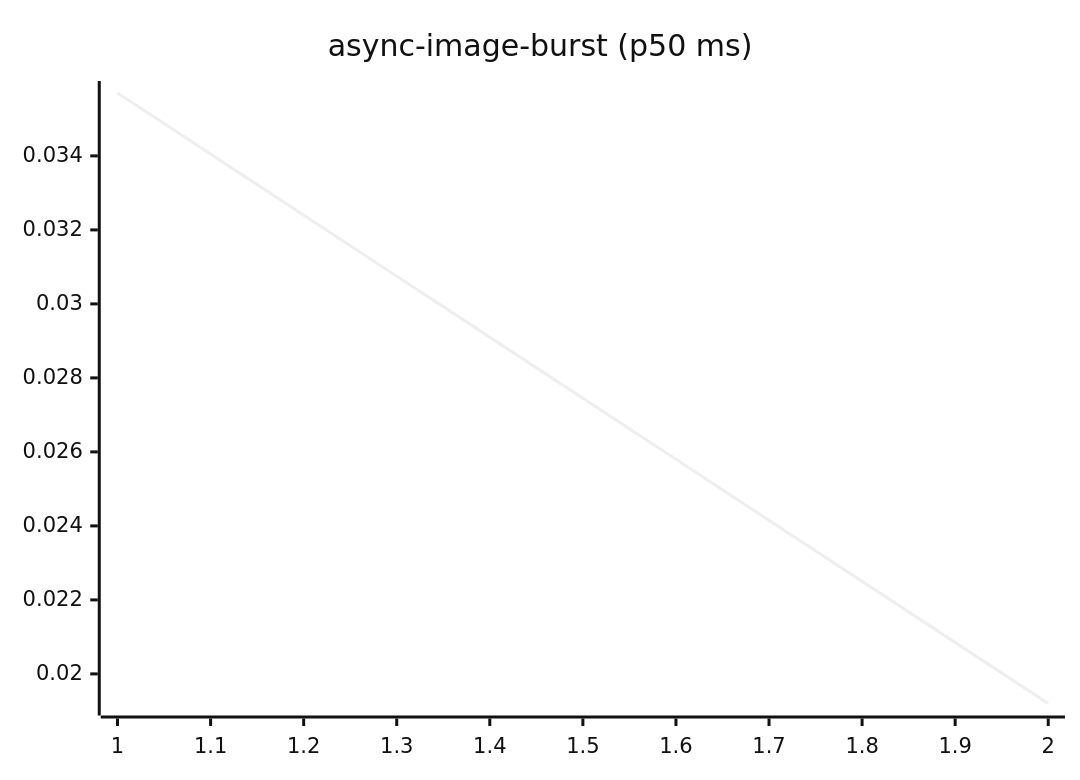
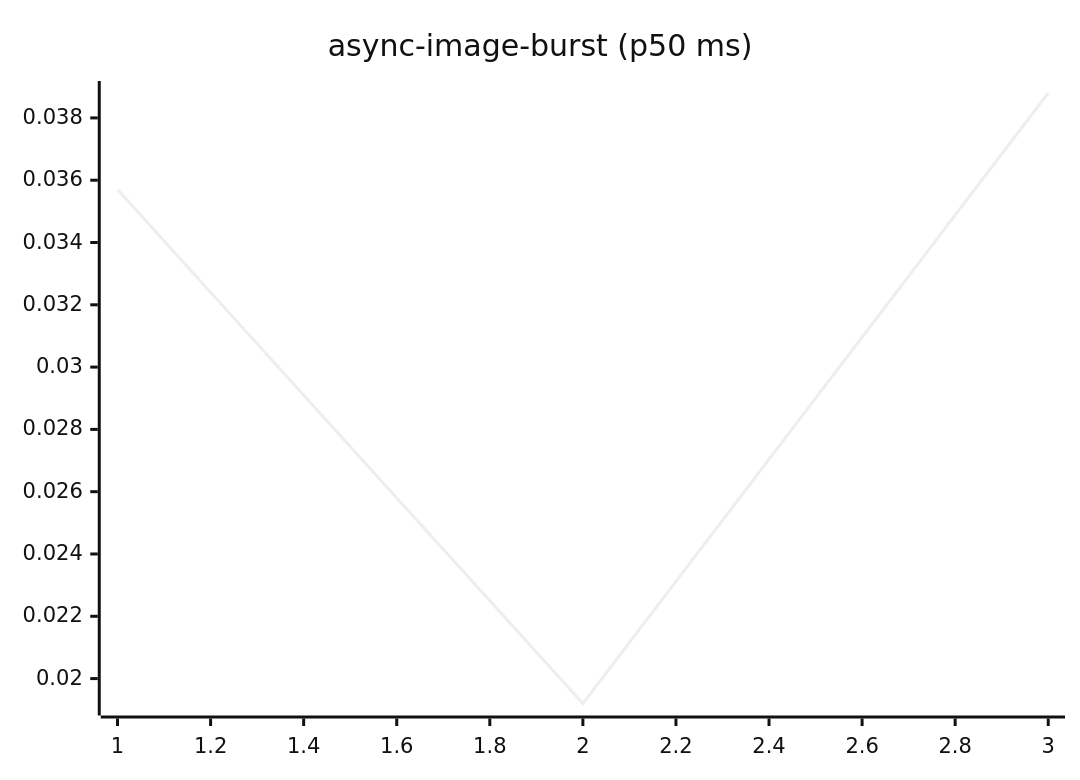
The fourth of 27 diagrams in README.md (josha/Facet), drawn with Mermaid (neutral theme) before and after one commit. The commit also changed other lines of this file and 2 other files, not shown here.

````diff
--- a/README.md
+++ b/README.md
@@ -84,6 +84,6 @@
 ```mermaid
 xychart-beta
     title "async-image-burst (p50 ms)"
-    x-axis 1 --> 2
-    line [0.0357, 0.0192]
+    x-axis 1 --> 3
+    line [0.0357, 0.0192, 0.0388]
 ```
````
